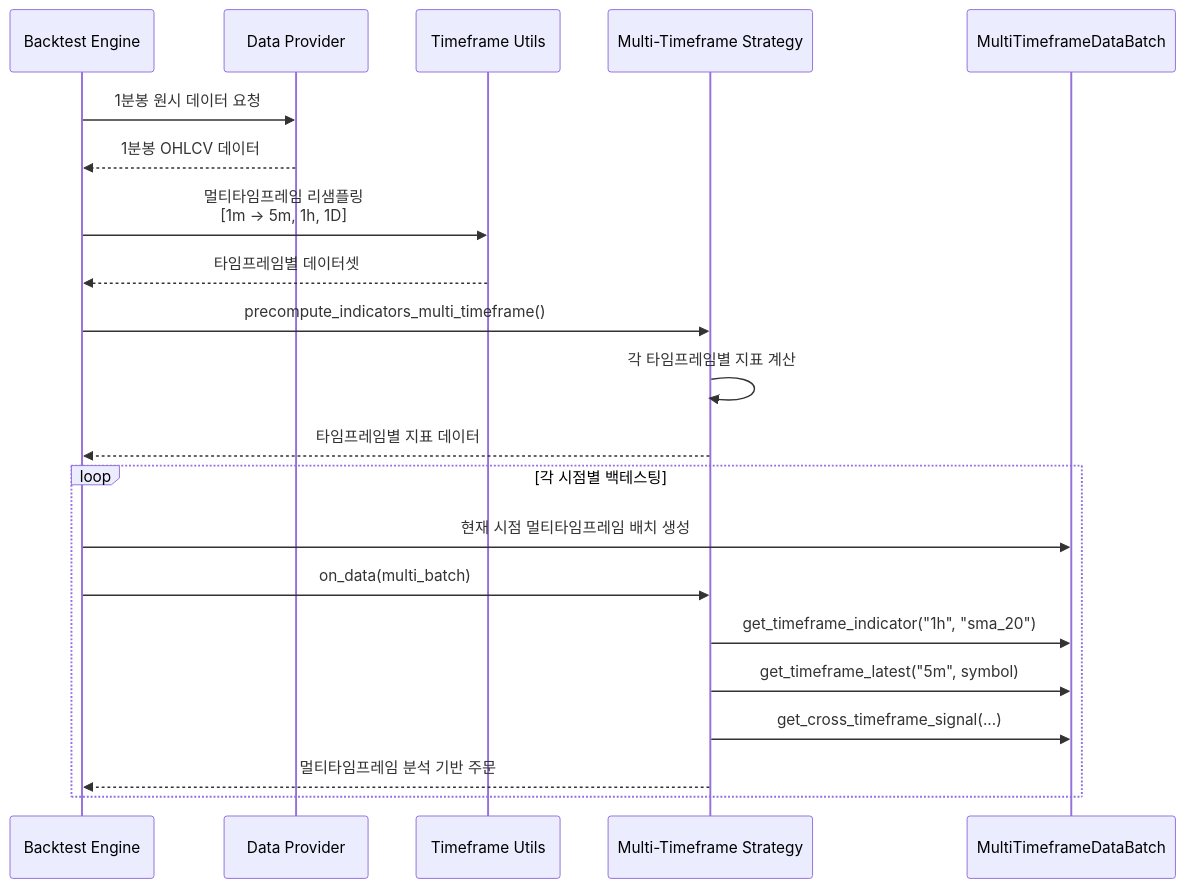
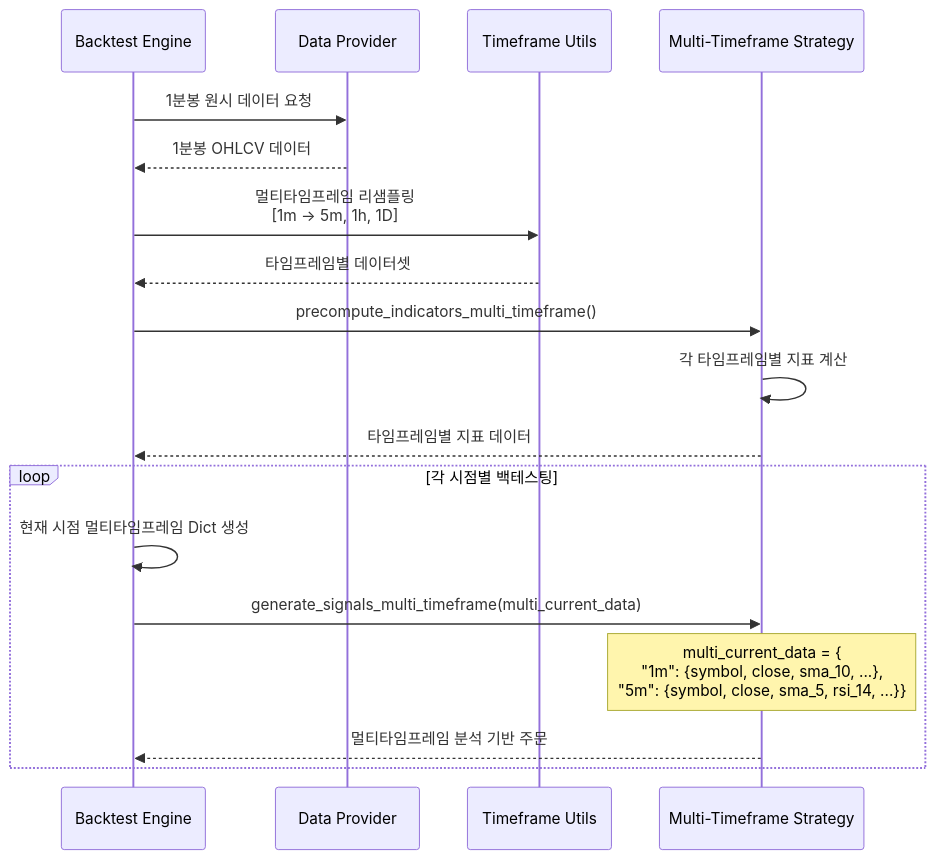
The second of 2 diagrams in quantbt/docs/multi_timeframe_guide.md (Lazydok/quantbt), drawn with Mermaid before and after one commit. The commit also changed 30 other files, not shown here.

````diff
--- a/quantbt/docs/multi_timeframe_guide.md
+++ b/quantbt/docs/multi_timeframe_guide.md
@@ -51,29 +51,26 @@
 ```mermaid
 sequenceDiagram
     participant Engine as Backtest Engine
     participant DataProvider as Data Provider
     participant TimeframeUtils as Timeframe Utils
     participant Strategy as Multi-Timeframe Strategy
-    participant Batch as MultiTimeframeDataBatch
     
     Engine->>DataProvider: 1분봉 원시 데이터 요청
     DataProvider-->>Engine: 1분봉 OHLCV 데이터
     
     Engine->>TimeframeUtils: 멀티타임프레임 리샘플링<br/>[1m → 5m, 1h, 1D]
     TimeframeUtils-->>Engine: 타임프레임별 데이터셋
     
     Engine->>Strategy: precompute_indicators_multi_timeframe()
     Strategy->>Strategy: 각 타임프레임별 지표 계산
     Strategy-->>Engine: 타임프레임별 지표 데이터
     
     loop 각 시점별 백테스팅
-        Engine->>Batch: 현재 시점 멀티타임프레임 배치 생성
-        Engine->>Strategy: on_data(multi_batch)
+        Engine->>Engine: 현재 시점 멀티타임프레임 Dict 생성
+        Engine->>Strategy: generate_signals_multi_timeframe(multi_current_data)
         
-        Strategy->>Batch: get_timeframe_indicator("1h", "sma_20")
-        Strategy->>Batch: get_timeframe_latest("5m", symbol)
-        Strategy->>Batch: get_cross_timeframe_signal(...)
+        Note over Strategy: multi_current_data = {<br/>"1m": {symbol, close, sma_10, ...},<br/>"5m": {symbol, close, sma_5, rsi_14, ...}}
         
         Strategy-->>Engine: 멀티타임프레임 분석 기반 주문
     end
 ```
````
